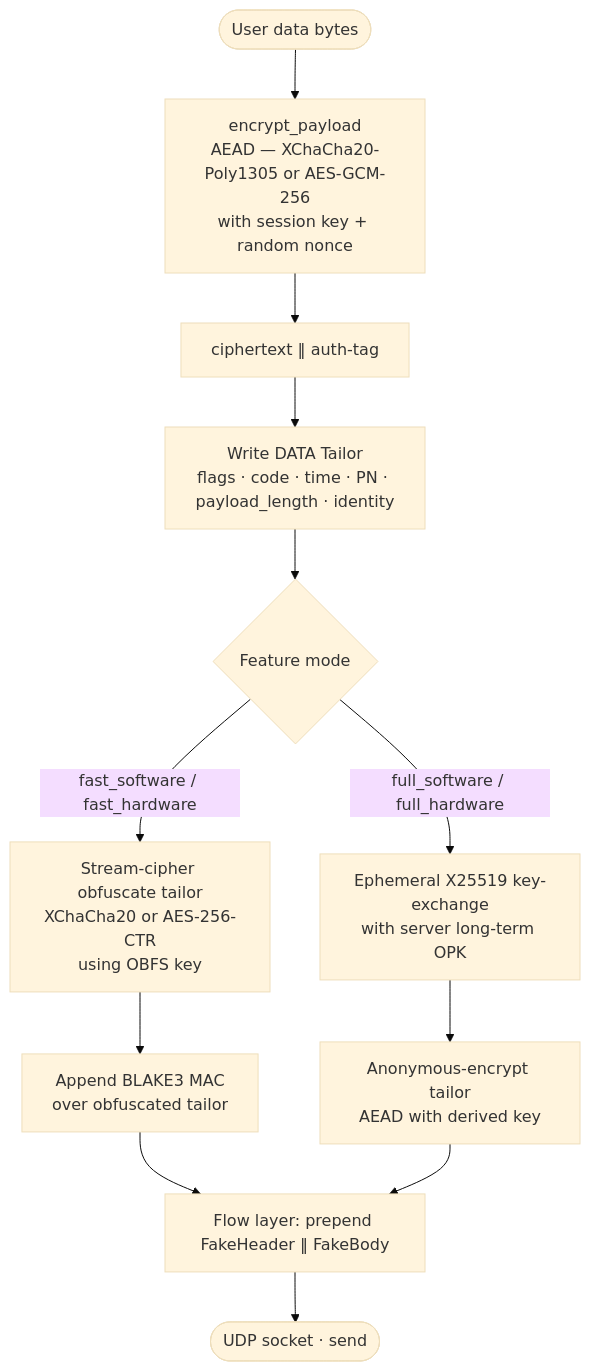
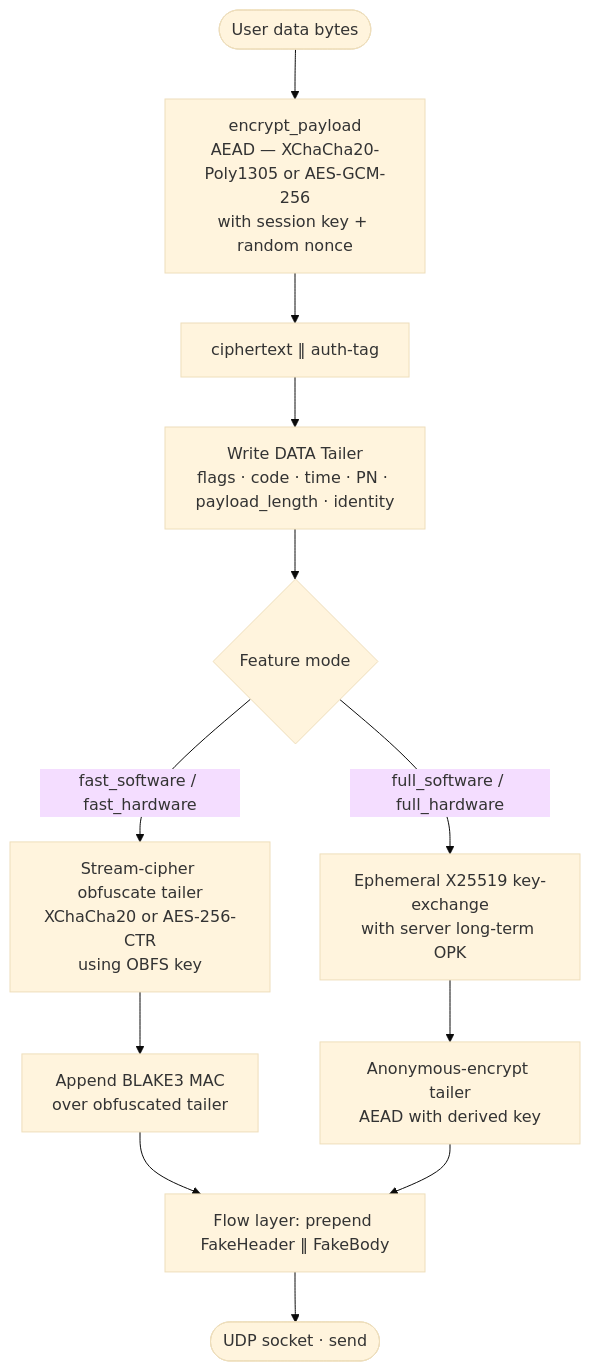
One commit to pseusys/TYPHOON changed the fifth of 6 diagrams in PROTOCOL.md. Above: the diagram before and after it, drawn with Mermaid (base theme). The commit also changed other lines of this file and 51 other files, not shown here.

````diff
--- a/PROTOCOL.md
+++ b/PROTOCOL.md
@@ -624,16 +624,16 @@
 ```mermaid
 flowchart TD
     A([User data bytes]) --> B[encrypt_payload\nAEAD — XChaCha20-Poly1305 or AES-GCM-256\nwith session key + random nonce]
     B --> C[ciphertext ‖ auth-tag]
-    C --> D[Write DATA Tailor\nflags · code · time · PN · payload_length · identity]
+    C --> D[Write DATA Tailer\nflags · code · time · PN · payload_length · identity]
 
     D --> FM{Feature mode}
-    FM -- fast_software / fast_hardware --> E1[Stream-cipher obfuscate tailor\nXChaCha20 or AES-256-CTR\nusing OBFS key]
-    E1 --> E2[Append BLAKE3 MAC\nover obfuscated tailor]
+    FM -- fast_software / fast_hardware --> E1[Stream-cipher obfuscate tailer\nXChaCha20 or AES-256-CTR\nusing OBFS key]
+    E1 --> E2[Append BLAKE3 MAC\nover obfuscated tailer]
     FM -- full_software / full_hardware --> F1[Ephemeral X25519 key-exchange\nwith server long-term OPK]
-    F1 --> F2[Anonymous-encrypt tailor\nAEAD with derived key]
+    F1 --> F2[Anonymous-encrypt tailer\nAEAD with derived key]
 
     E2 --> G[Flow layer: prepend FakeHeader ‖ FakeBody]
     F2 --> G
     G --> H([UDP socket · send])
 ```
````
